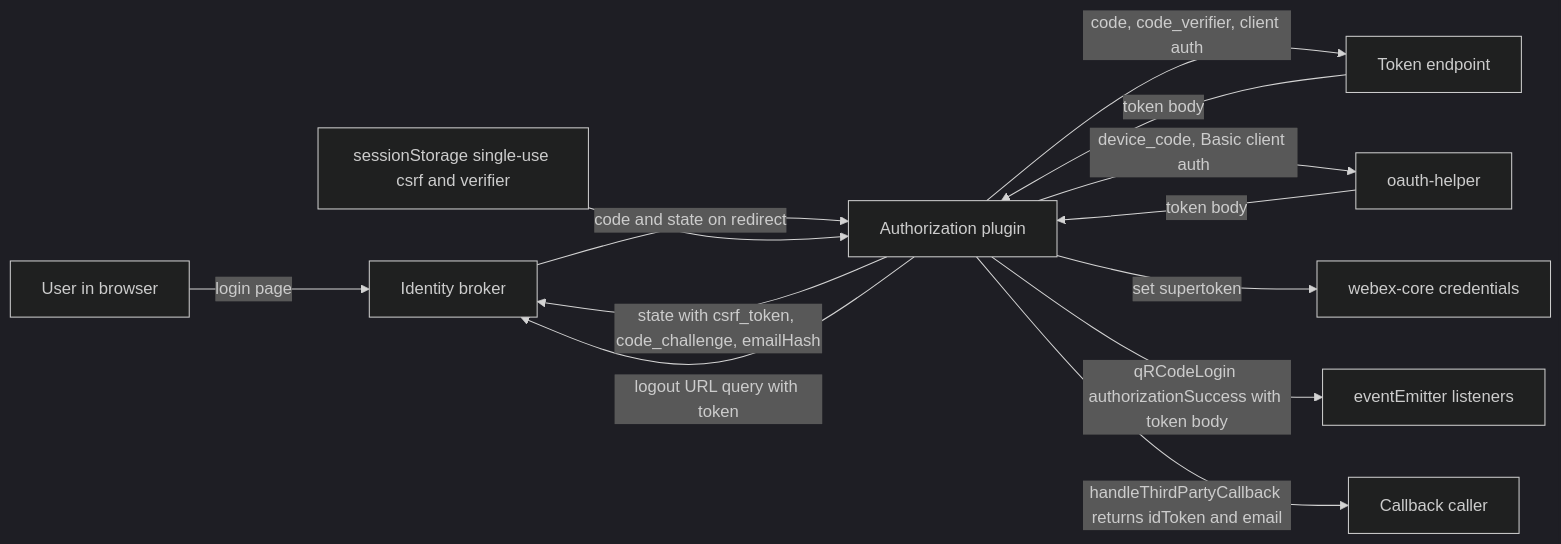
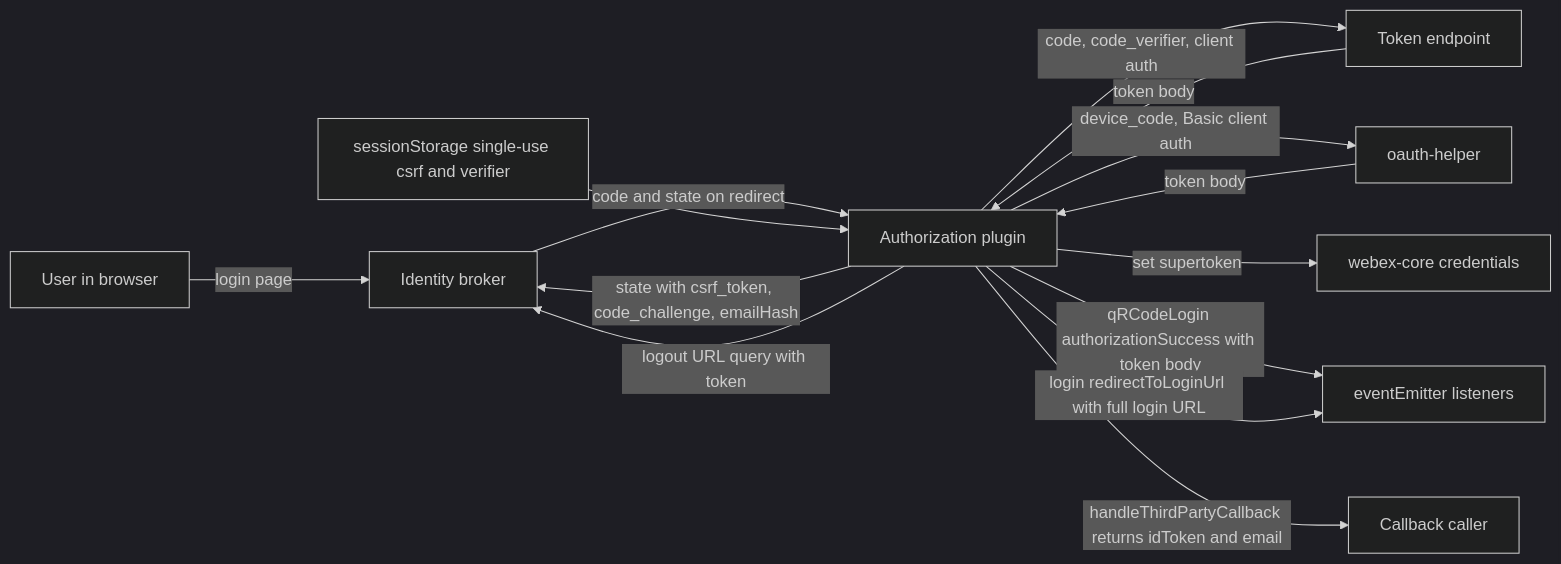
Before and after one commit to webex/webex-js-sdk: the third of 3 diagrams in packages/@webex/plugin-authorization-browser-first-party/docs/architecture.md, drawn with Mermaid (dark theme). The commit also changed other lines of this file and 2 other files, not shown here.

````diff
--- a/packages/@webex/plugin-authorization-browser-first-party/docs/architecture.md
+++ b/packages/@webex/plugin-authorization-browser-first-party/docs/architecture.md
@@ -241,15 +242,16 @@
 ```mermaid
 flowchart LR
   User[User in browser] -->|login page| IdB[Identity broker]
   Auth[Authorization plugin] -->|state with csrf_token, code_challenge, emailHash| IdB
   IdB -->|code and state on redirect| Auth
   Store[sessionStorage single-use csrf and verifier] --> Auth
   Auth -->|code, code_verifier, client auth| Token[Token endpoint]
   Token -->|token body| Auth
   Auth -->|device_code, Basic client auth| Helper[oauth-helper]
   Helper -->|token body| Auth
   Auth -->|set supertoken| Cred[webex-core credentials]
   Auth -->|qRCodeLogin authorizationSuccess with token body| Listeners[eventEmitter listeners]
+  Auth -->|login redirectToLoginUrl with full login URL| Listeners
   Auth -->|handleThirdPartyCallback returns idToken and email| Caller[Callback caller]
   Auth -->|logout URL query with token| IdB
 ```
````
